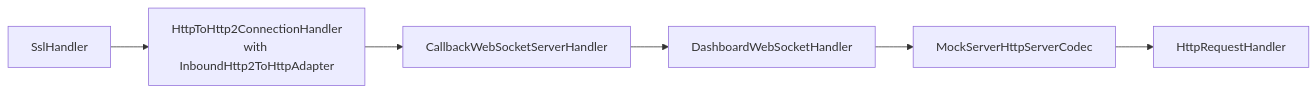
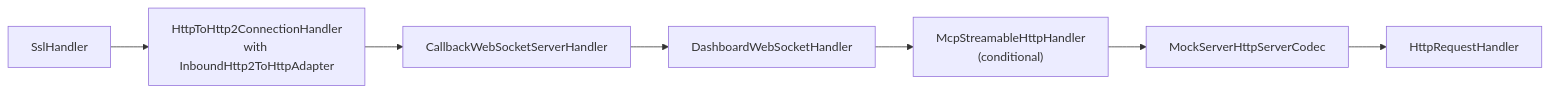
One commit to mock-server/mockserver changed the fourth of 11 diagrams in docs/code/netty-pipeline.md. Above: the diagram before and after it, drawn with Mermaid. The commit also changed other lines of this file and 52 other files, not shown here.

First line of the commit message:
Add MCP (Model Context Protocol) server for AI-assisted testing

````diff
--- a/docs/code/netty-pipeline.md
+++ b/docs/code/netty-pipeline.md
@@ -133,9 +136,11 @@
 ```mermaid
 graph LR
     SSL[SslHandler] --> H2C["HttpToHttp2ConnectionHandler
 with InboundHttp2ToHttpAdapter"]
     H2C --> F[CallbackWebSocketServerHandler]
     F --> G[DashboardWebSocketHandler]
-    G --> H[MockServerHttpServerCodec]
+    G --> MCP["McpStreamableHttpHandler
+(conditional)"]
+    MCP --> H[MockServerHttpServerCodec]
     H --> I[HttpRequestHandler]
 ```
````
